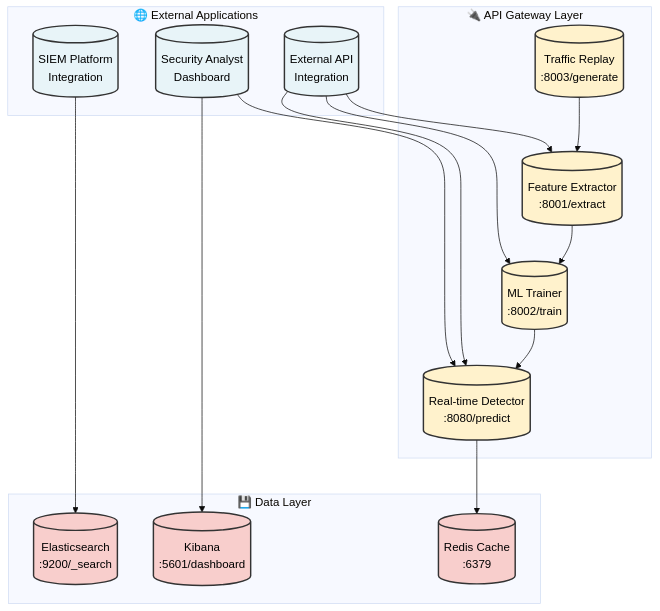
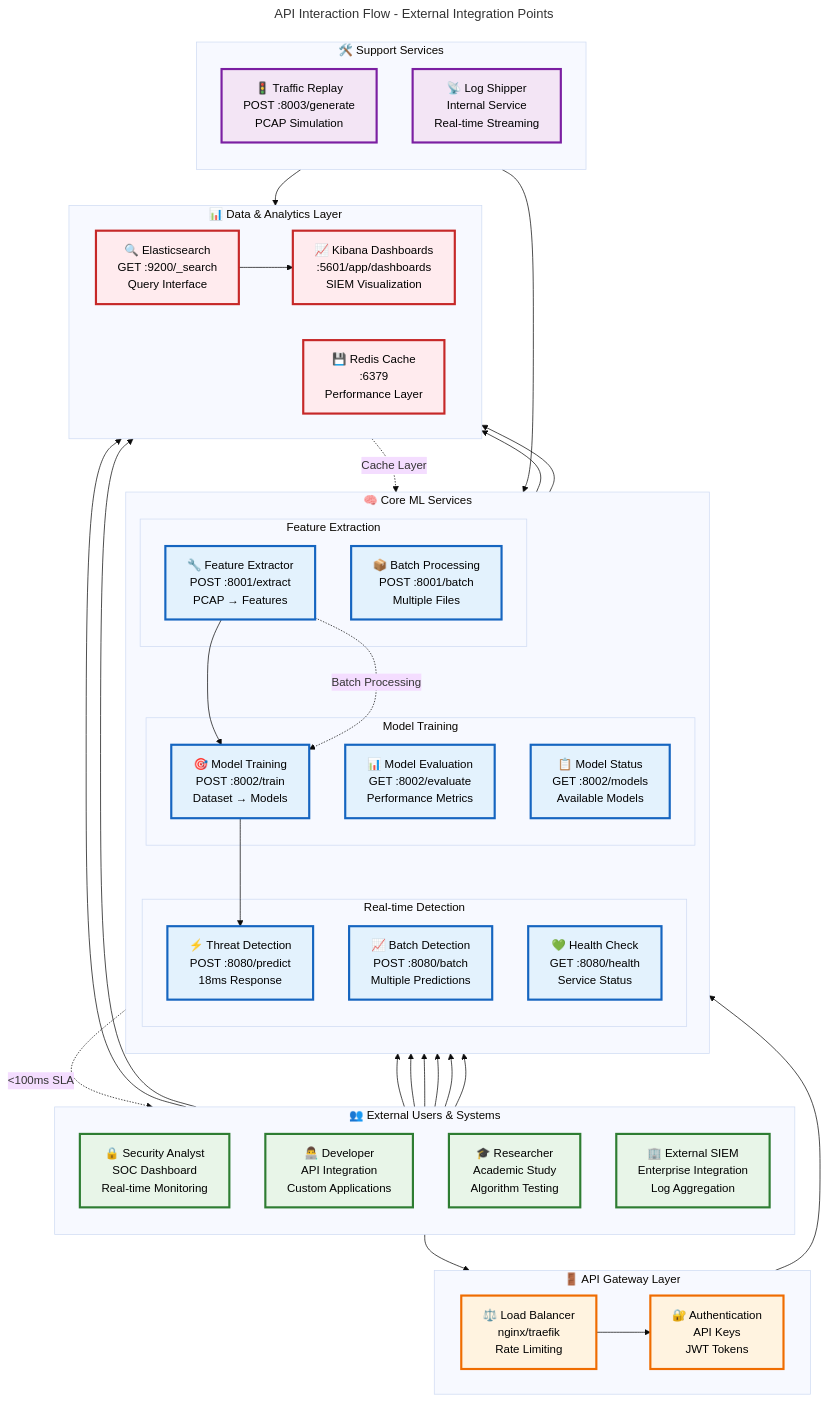
One commit to holdennguyen/suricata-ml-ids changed the fifth of 5 diagrams in README.md. Above: the diagram before and after it, drawn with Mermaid (base theme). The commit also changed other lines of this file, not shown here.

First line of the commit message:
feat: implement best practice Mermaid diagrams with comprehensive documentation

````diff
--- a/README.md
+++ b/README.md
@@ -267,41 +403,102 @@
 ```mermaid
+---
+title: API Interaction Flow - External Integration Points
+---
 flowchart TB
-    subgraph "🌐 External Applications"
-        CLIENT[("Security Analyst<br/>Dashboard")]
-        API[("External API<br/>Integration")]
-        SIEM[("SIEM Platform<br/>Integration")]
+    %% External Users & Systems
+    subgraph USERS ["👥 External Users & Systems"]
+        direction TB
+        ANALYST[🔒 Security Analyst<br/>SOC Dashboard<br/>Real-time Monitoring]
+        DEV[👨‍💻 Developer<br/>API Integration<br/>Custom Applications]
+        RESEARCHER[🎓 Researcher<br/>Academic Study<br/>Algorithm Testing]
+        SIEM_EXT[🏢 External SIEM<br/>Enterprise Integration<br/>Log Aggregation]
     end
     
-    subgraph "🔌 API Gateway Layer"
-        FE_API[("Feature Extractor<br/>:8001/extract")]
-        ML_API[("ML Trainer<br/>:8002/train")]
-        RT_API[("Real-time Detector<br/>:8080/predict")]
-        TR_API[("Traffic Replay<br/>:8003/generate")]
+    %% API Gateway & Load Balancer
+    subgraph GATEWAY ["🚪 API Gateway Layer"]
+        direction LR
+        LB[⚖️ Load Balancer<br/>nginx/traefik<br/>Rate Limiting]
+        AUTH[🔐 Authentication<br/>API Keys<br/>JWT Tokens]
     end
     
-    subgraph "💾 Data Layer"
-        ES_API[("Elasticsearch<br/>:9200/_search")]
-        KB_API[("Kibana<br/>:5601/dashboard")]
-        REDIS_API[("Redis Cache<br/>:6379")]
+    %% Core ML Services
+    subgraph CORE ["🧠 Core ML Services"]
+        direction TB
+        
+        subgraph FE_SERVICE ["Feature Extraction"]
+            FE_API[🔧 Feature Extractor<br/>POST :8001/extract<br/>PCAP → Features]
+            FE_BATCH[📦 Batch Processing<br/>POST :8001/batch<br/>Multiple Files]
+        end
+        
+        subgraph ML_SERVICE ["Model Training"]
+            ML_TRAIN[🎯 Model Training<br/>POST :8002/train<br/>Dataset → Models]
+            ML_EVAL[📊 Model Evaluation<br/>GET :8002/evaluate<br/>Performance Metrics]
+            ML_STATUS[📋 Model Status<br/>GET :8002/models<br/>Available Models]
+        end
+        
+        subgraph RT_SERVICE ["Real-time Detection"]
+            RT_PREDICT[⚡ Threat Detection<br/>POST :8080/predict<br/>18ms Response]
+            RT_BATCH[📈 Batch Detection<br/>POST :8080/batch<br/>Multiple Predictions]
+            RT_HEALTH[💚 Health Check<br/>GET :8080/health<br/>Service Status]
+        end
     end
     
-    CLIENT --> RT_API
-    CLIENT --> KB_API
-    API --> FE_API
-    API --> ML_API
-    API --> RT_API
-    SIEM --> ES_API
+    %% Support Services
+    subgraph SUPPORT ["🛠️ Support Services"]
+        direction TB
+        TR_API[🚦 Traffic Replay<br/>POST :8003/generate<br/>PCAP Simulation]
+        LS_API[📡 Log Shipper<br/>Internal Service<br/>Real-time Streaming]
+    end
     
-    RT_API --> REDIS_API
-    FE_API --> ML_API
-    ML_API --> RT_API
+    %% Data & Analytics Layer
+    subgraph DATA ["📊 Data & Analytics Layer"]
+        direction LR
+        ES_API[🔍 Elasticsearch<br/>GET :9200/_search<br/>Query Interface]
+        KB_DASH[📈 Kibana Dashboards<br/>:5601/app/dashboards<br/>SIEM Visualization]
+        REDIS_API[💾 Redis Cache<br/>:6379<br/>Performance Layer]
+    end
+    
+    %% User Interactions
+    ANALYST --> KB_DASH
+    ANALYST --> RT_PREDICT
+    DEV --> FE_API
+    DEV --> ML_TRAIN
+    DEV --> RT_PREDICT
+    RESEARCHER --> ML_EVAL
+    RESEARCHER --> ML_STATUS
+    SIEM_EXT --> ES_API
+    
+    %% Gateway Flow
+    USERS --> LB
+    LB --> AUTH
+    AUTH --> CORE
+    
+    %% Service Dependencies
+    FE_API --> ML_TRAIN
+    ML_TRAIN --> RT_PREDICT
+    RT_PREDICT --> REDIS_API
     TR_API --> FE_API
     
-    classDef external fill:#e8f4f8,stroke:#333,stroke-width:2px,color:#000
-    classDef api fill:#fff2cc,stroke:#333,stroke-width:2px,color:#000
-    classDef data fill:#f8cecc,stroke:#333,stroke-width:2px,color:#000
+    %% Data Flow
+    RT_PREDICT --> ES_API
+    LS_API --> ES_API
+    ES_API --> KB_DASH
     
-    class CLIENT,API,SIEM external
-    class FE_API,ML_API,RT_API,TR_API api
-    class ES_API,KB_API,REDIS_API data
+    %% Performance Annotations
+    RT_PREDICT -.->|"<100ms SLA"| ANALYST
+    FE_API -.->|"Batch Processing"| ML_TRAIN
+    REDIS_API -.->|"Cache Layer"| RT_PREDICT
+    
+    %% Styling
+    classDef userStyle fill:#e8f5e8,stroke:#2e7d32,stroke-width:3px,color:#000
+    classDef gatewayStyle fill:#fff3e0,stroke:#ef6c00,stroke-width:3px,color:#000
+    classDef coreStyle fill:#e3f2fd,stroke:#1565c0,stroke-width:3px,color:#000
+    classDef supportStyle fill:#f3e5f5,stroke:#7b1fa2,stroke-width:3px,color:#000
+    classDef dataStyle fill:#ffebee,stroke:#c62828,stroke-width:3px,color:#000
+    
+    class ANALYST,DEV,RESEARCHER,SIEM_EXT userStyle
+    class LB,AUTH gatewayStyle
+    class FE_API,FE_BATCH,ML_TRAIN,ML_EVAL,ML_STATUS,RT_PREDICT,RT_BATCH,RT_HEALTH coreStyle
+    class TR_API,LS_API supportStyle
+    class ES_API,KB_DASH,REDIS_API dataStyle
 ```
````
